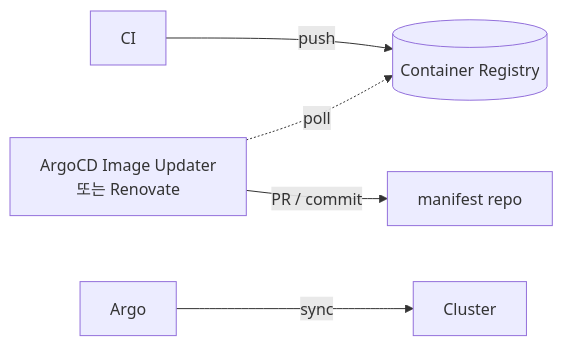
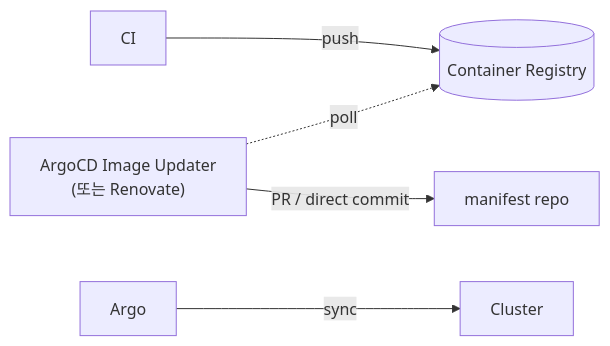
Before and after one commit to shinkeonkim/shinkeonkim.github.io: the fifth of 7 diagrams in src/content/wiki/devops/gitops-patterns.mdx, drawn with Mermaid. The commit also changed other lines of this file and 526 other files, not shown here.

First line of the commit message:
content(wiki): 전수조사 및 대규모 보강 (짧은 파일 0, mermaid +645)

````diff
--- a/src/content/wiki/devops/gitops-patterns.mdx
+++ b/src/content/wiki/devops/gitops-patterns.mdx
@@ -88,7 +191,7 @@
 ```mermaid
 flowchart LR
-    CI -->|push| Registry[(Container Registry)]
-    Updater[ArgoCD Image Updater<br/>또는 Renovate] -.poll.-> Registry
-    Updater -->|PR / commit| Manifest[manifest repo]
+    CI -->|push| Registry[("Container Registry")]
+    Updater["ArgoCD Image Updater\n(또는 Renovate)"] -.->|poll| Registry
+    Updater -->|"PR / direct commit"| Manifest["manifest repo"]
     Argo -->|sync| Cluster
 ```
````
